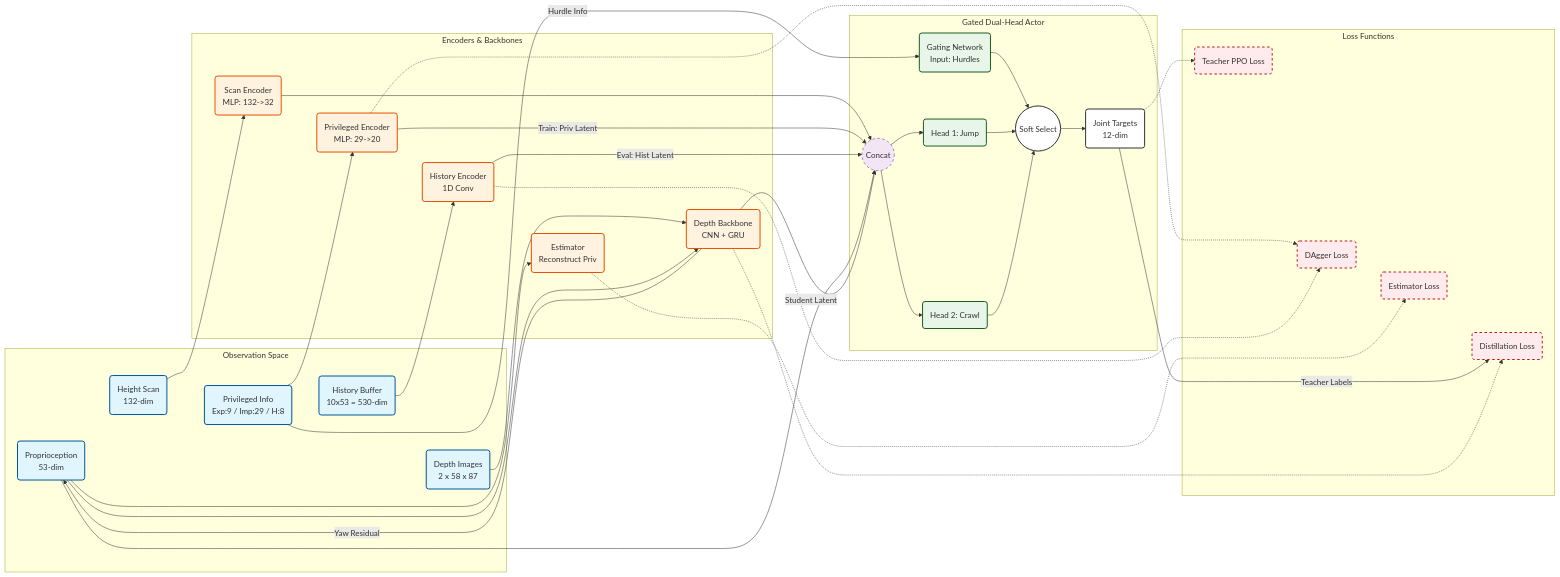
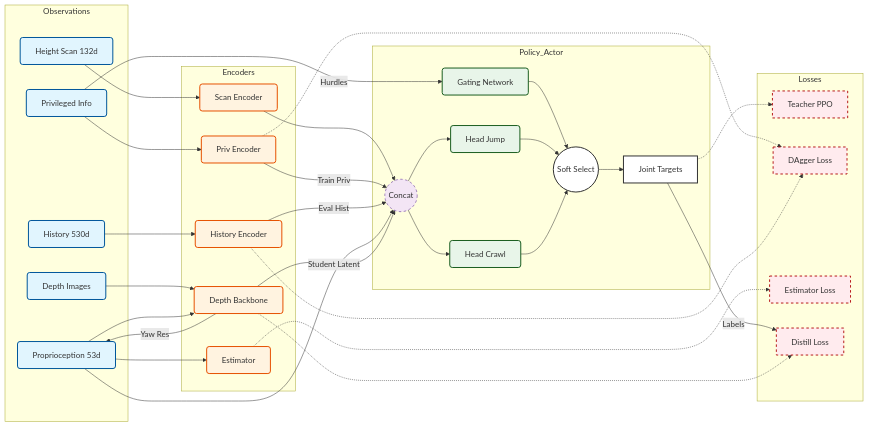
The diagram in README.md (ZhengLiu2002/Isaaclab_Parkour), drawn with Mermaid before and after one commit. The commit also changed other lines of this file and 1 other file, not shown here.

Commit message:
机器人奖励参数优化

````diff
--- a/README.md
+++ b/README.md
@@ -3,8 +3,5 @@
 ```mermaid
 graph LR
-    %% ==========================================
-    %% 样式定义
-    %% ==========================================
     classDef inputs fill:#E1F5FE,stroke:#01579B,stroke-width:2px,rx:5,ry:5;
     classDef encoders fill:#FFF3E0,stroke:#E65100,stroke-width:2px,rx:5,ry:5;
     classDef latent fill:#F3E5F5,stroke:#4A148C,stroke-width:1px,stroke-dasharray: 5 5;
@@ -12,99 +9,67 @@
     classDef loss fill:#FFEBEE,stroke:#B71C1C,stroke-width:2px,stroke-dasharray: 5 5;
     classDef output fill:#FFF,stroke:#333,stroke-width:2px;
 
-    %% ==========================================
-    %% 输入层 (垂直堆叠)
-    %% ==========================================
-    subgraph Inputs ["Observation Space"]
-        OBS_P("Proprioception<br/>53-dim"):::inputs
-        OBS_S("Height Scan<br/>132-dim"):::inputs
-        OBS_Priv("Privileged Info<br/>Exp:9 / Imp:29 / H:8"):::inputs
-        OBS_Hist("History Buffer<br/>10x53 = 530-dim"):::inputs
-        OBS_Depth("Depth Images<br/>2 x 58 x 87"):::inputs
-        
-        %% 使用隐式连接强制垂直排列 (适配旧版本)
-        OBS_P ~~~ OBS_S ~~~ OBS_Priv ~~~ OBS_Hist ~~~ OBS_Depth
+    subgraph Observations
+        OBS_P[Proprioception 53d]:::inputs
+        OBS_S[Height Scan 132d]:::inputs
+        OBS_Priv[Privileged Info]:::inputs
+        OBS_Hist[History 530d]:::inputs
+        OBS_Depth[Depth Images]:::inputs
     end
 
-    %% ==========================================
-    %% 编码层 (垂直堆叠)
-    %% ==========================================
-    subgraph Encoders ["Encoders & Backbones"]
-        ENC_Scan("Scan Encoder<br/>MLP: 132->32"):::encoders
-        ENC_Priv("Privileged Encoder<br/>MLP: 29->20"):::encoders
-        ENC_Hist("History Encoder<br/>1D Conv"):::encoders
-        ENC_Est("Estimator<br/>Reconstruct Priv"):::encoders
-        ENC_Depth("Depth Backbone<br/>CNN + GRU"):::encoders
-
-        %% 使用隐式连接强制垂直排列
-        ENC_Scan ~~~ ENC_Priv ~~~ ENC_Hist ~~~ ENC_Est ~~~ ENC_Depth
+    subgraph Encoders
+        ENC_Scan[Scan Encoder]:::encoders
+        ENC_Priv[Priv Encoder]:::encoders
+        ENC_Hist[History Encoder]:::encoders
+        ENC_Est[Estimator]:::encoders
+        ENC_Depth[Depth Backbone]:::encoders
     end
 
-    %% ==========================================
-    %% 策略网络
-    %% ==========================================
-    subgraph Policy ["Gated Dual-Head Actor"]
-        Input_Concat(("Concat")):::latent
-        Gate("Gating Network<br/>Input: Hurdles"):::actor
-        Head_Jump("Head 1: Jump"):::actor
-        Head_Crawl("Head 2: Crawl"):::actor
-        Mixer(("Soft Select")):::output
-        Action_Out("Joint Targets<br/>12-dim"):::output
-        
-        %% 布局辅助
-        Input_Concat ~~~ Gate
+    subgraph Policy_Actor
+        Input_Concat((Concat)):::latent
+        Gate[Gating Network]:::actor
+        Head_Jump[Head Jump]:::actor
+        Head_Crawl[Head Crawl]:::actor
+        Mixer((Soft Select)):::output
+        Action_Out[Joint Targets]:::output
     end
 
-    %% ==========================================
-    %% 连接关系 - 教师流
-    %% ==========================================
     OBS_S --> ENC_Scan
     OBS_Priv --> ENC_Priv
     OBS_Hist --> ENC_Hist
     OBS_P --> ENC_Est
     
     ENC_Scan --> Input_Concat
-    ENC_Priv --"Train: Priv Latent"--> Input_Concat
-    ENC_Hist --"Eval: Hist Latent"--> Input_Concat
+    ENC_Priv -- Train Priv --> Input_Concat
+    ENC_Hist -- Eval Hist --> Input_Concat
     OBS_P --> Input_Concat
     
-    %% Actor 内部流
     Input_Concat --> Head_Jump
     Input_Concat --> Head_Crawl
-    OBS_Priv --"Hurdle Info"--> Gate
+    OBS_Priv -- Hurdles --> Gate
     Gate --> Mixer
     Head_Jump --> Mixer
     Head_Crawl --> Mixer
     Mixer --> Action_Out
 
-    %% ==========================================
-    %% 连接关系 - 学生流
-    %% ==========================================
     OBS_Depth --> ENC_Depth
     OBS_P --> ENC_Depth
     
-    ENC_Depth --"Student Latent"--> Input_Concat
-    ENC_Depth --"Yaw Residual"--> OBS_P
+    ENC_Depth -- Student Latent --> Input_Concat
+    ENC_Depth -- Yaw Res --> OBS_P
     
-    %% ==========================================
-    %% 损失函数
-    %% ==========================================
-    subgraph Training ["Loss Functions"]
-        LOSS_PPO("Teacher PPO Loss"):::loss
-        LOSS_DAgger("DAgger Loss"):::loss
-        LOSS_Est("Estimator Loss"):::loss
-        LOSS_Distill("Distillation Loss"):::loss
-        
-        LOSS_PPO ~~~ LOSS_DAgger ~~~ LOSS_Est ~~~ LOSS_Distill
+    subgraph Losses
+        LOSS_PPO[Teacher PPO]:::loss
+        LOSS_DAgger[DAgger Loss]:::loss
+        LOSS_Est[Estimator Loss]:::loss
+        LOSS_Distill[Distill Loss]:::loss
     end
 
-    %% Loss 连接
     Action_Out -.-> LOSS_PPO
     ENC_Priv -.-> LOSS_DAgger
     ENC_Hist -.-> LOSS_DAgger
     ENC_Est -.-> LOSS_Est
     
-    %% 学生蒸馏连接
-    Action_Out --"Teacher Labels"--> LOSS_Distill
+    Action_Out -- Labels --> LOSS_Distill
     ENC_Depth -.-> LOSS_Distill
 ```
````
